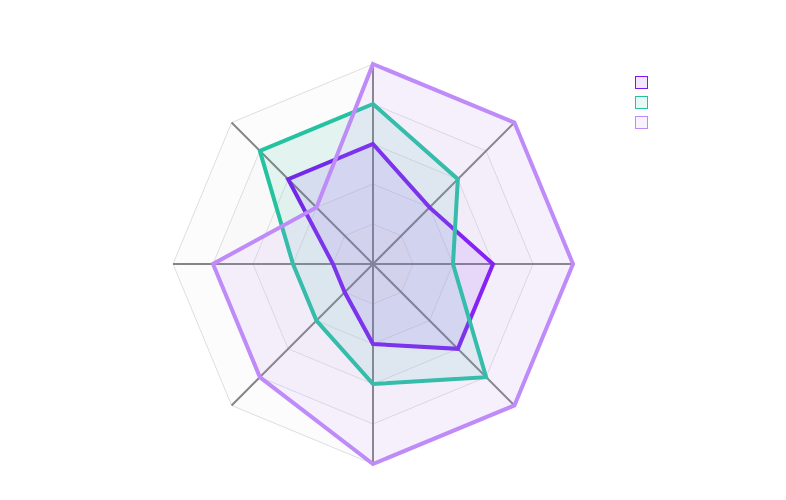
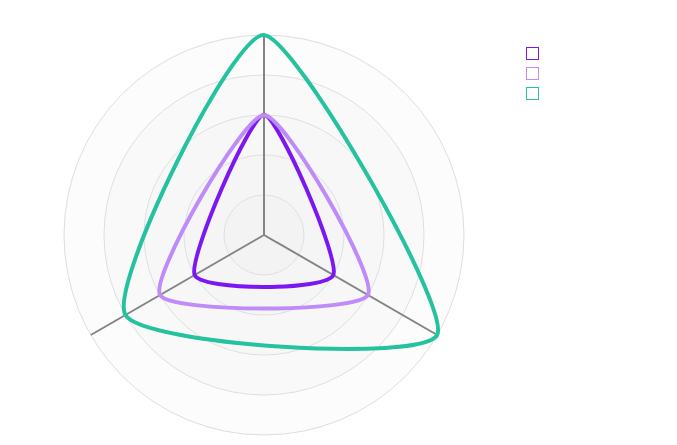
One commit to lkgarcia/whitepaper changed the diagram in docs/04-selecting-the-right-agentic-ai-technology-stack.md. Above: the diagram before and after it, drawn with Mermaid. The commit also changed other lines of this file, not shown here.

````diff
--- a/docs/04-selecting-the-right-agentic-ai-technology-stack.md
+++ b/docs/04-selecting-the-right-agentic-ai-technology-stack.md
@@ -672,46 +652,45 @@
 ```mermaid
 ---
 config:
   radar:
     width: 600
     height: 400
     axisScaleFactor: 1
     curveTension: 0.1
   theme: base
   themeVariables:
     fontFamily: "Arial"
     fontSize: "18px"
     cScale0: "#7D17F2"
-    cScale1: "#25C2A0"
-    cScale2: "#BE8BF9"
+    cScale1: "#BE8BF9"
+    cScale2: "#25C2A0"
     primaryTextColor: "#FFFFFF"
     lineColor: "#FFFFFF"
     radar:
       axisColor: "#848484"
-      curveOpacity: 0.1
+      curveOpacity: 0
       curveStrokeWidth: 4
       graticuleOpacity: 0.1
       legendBoxSize: 100
 ---
 radar-beta
-  title Agentic AI Technology Categories – Comparative Radar
-  graticule polygon
+  
+  graticule circle
   showLegend true
   max 5
   min 0
 
-  axis integ["Integration & Tooling"]
-  axis sec["Security & Identity"], guard["Autonomy Controls & Guardrails"]
-  axis scale["Scalability & Reliability"], audit["Auditability & Traceability"]
-  axis sprawl["Agent Sprawl Prevention"], access["Accessibility (Eng. Maturity)"], tco["Total Cost of Ownership"]
+  axis a["Architecture"]
+  axis r["Risk & Governance"]
+  axis o["Organisation"]
 
   %% Code-First Frameworks
-  curve code["Code-First Frameworks"]{3, 2, 3, 3, 2, 1, 1, 3}
+  curve code["Code-First Frameworks"]{3, 2, 2}
 
   %% Low-Code Builders
-  curve lowcode["Low-Code Builders"]{4, 3, 2, 4, 3, 2, 2, 4}
+  curve lowcode["Low-Code Builders"]{3, 3, 3}
 
   %% Managed Enterprise Platforms
-  curve managed["Managed Platforms"]{5, 5, 5, 5, 5, 4, 4, 2}
+  curve managed["Managed Platforms"]{5, 5, 4}
 
 ```
````
